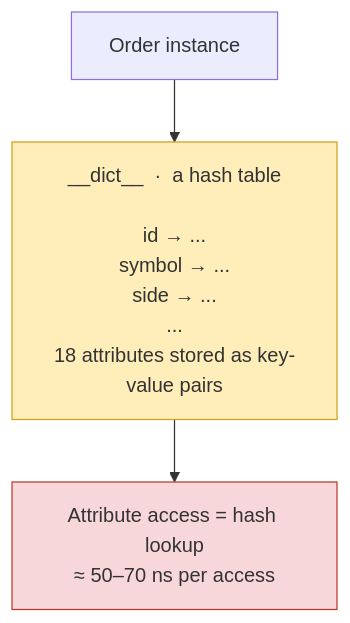
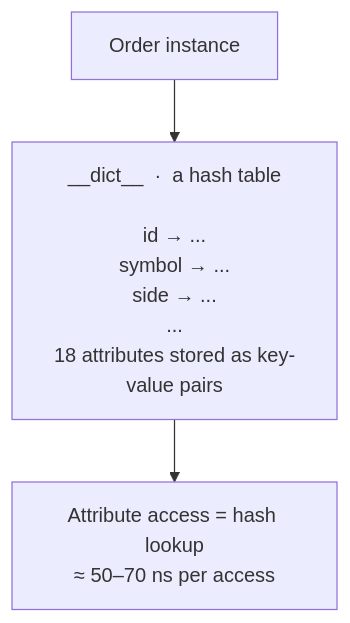
Before and after one commit to johan162/EduMatcher: the first of 10 diagrams in docs/architecture/02-architecture-guide.md, drawn with Mermaid. The commit also changed other lines of this file, not shown here.

Commit message:
Cleaned up Mermaid graphs

````diff
--- a/docs/architecture/02-architecture-guide.md
+++ b/docs/architecture/02-architecture-guide.md
@@ -157,9 +157,7 @@
 ```mermaid
 graph TD
     OBJ["Order instance"]
     DICT["__dict__  ·  a hash table\n\nid → ...\nsymbol → ...\nside → ...\n...\n18 attributes stored as key-value pairs"]
     COST["Attribute access = hash lookup\n≈ 50–70 ns per access"]
     OBJ --> DICT --> COST
-    style DICT fill:#ffeeba,stroke:#d4a017
-    style COST fill:#f8d7da,stroke:#c0392b
 ```
````
